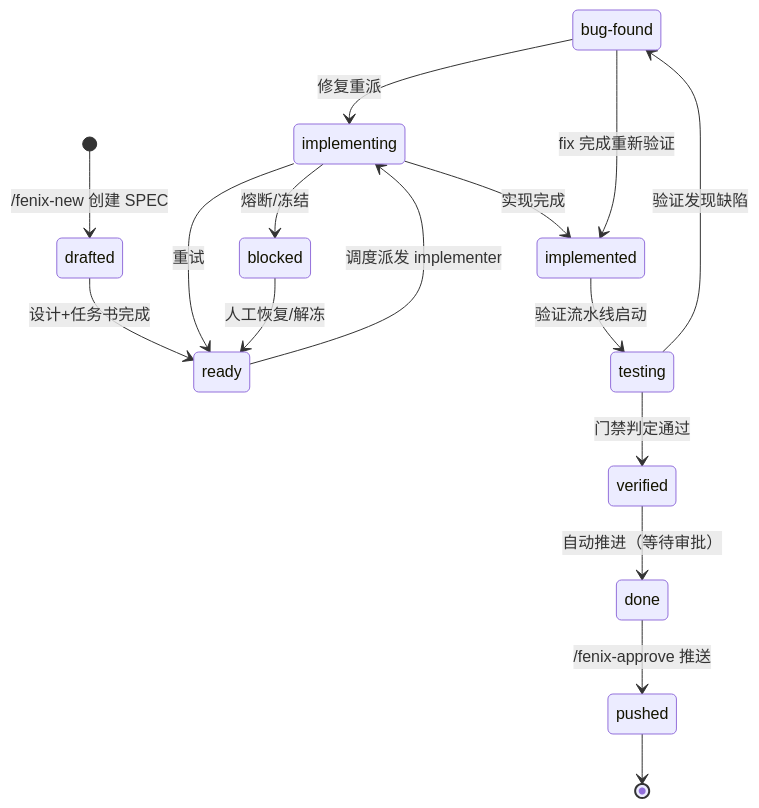
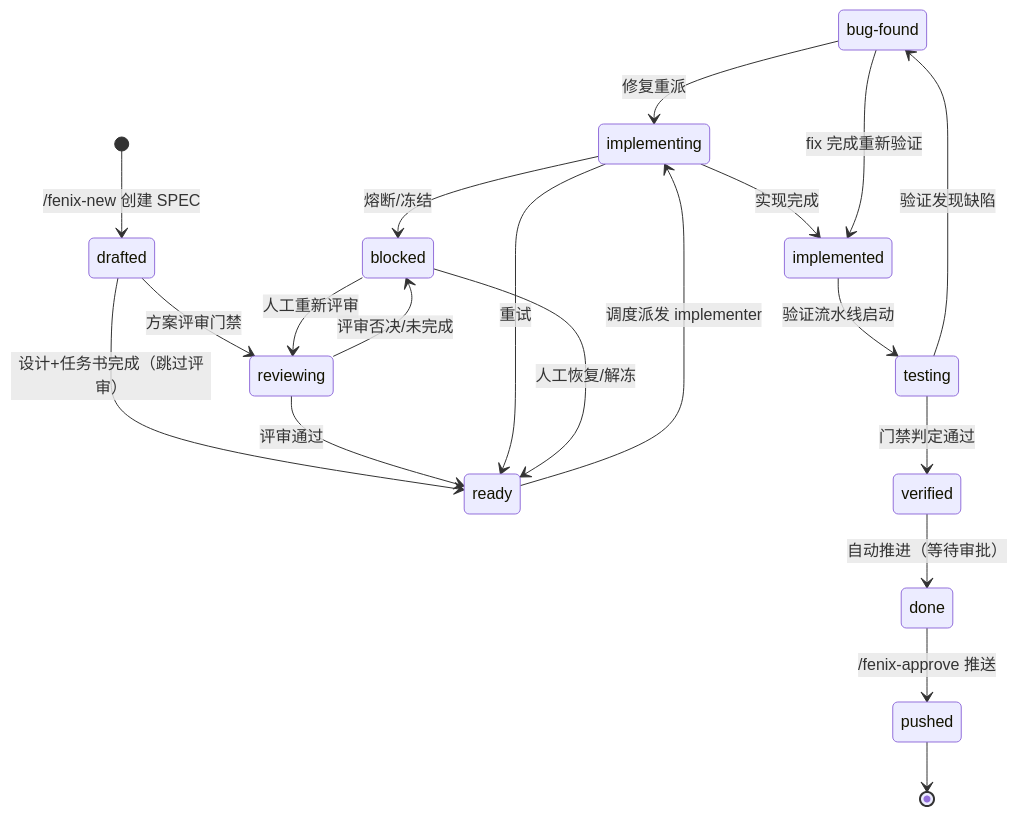
The diagram in docs/help/03-lifecycle.md (fenixsoft/fenixd), drawn with Mermaid before and after one commit. The commit also changed other lines of this file and 2 other files, not shown here.

````diff
--- a/docs/help/03-lifecycle.md
+++ b/docs/help/03-lifecycle.md
@@ -7,19 +7,23 @@
 ```mermaid
 stateDiagram-v2
     state "bug-found" as bugfound
     [*] --> drafted: /fenix-new 创建 SPEC
-    drafted --> ready: 设计+任务书完成
+    drafted --> ready: 设计+任务书完成（跳过评审）
+    drafted --> reviewing: 方案评审门禁
+    reviewing --> ready: 评审通过
+    reviewing --> blocked: 评审否决/未完成
     ready --> implementing: 调度派发 implementer
     implementing --> implemented: 实现完成
     implementing --> ready: 重试
     implementing --> blocked: 熔断/冻结
     implemented --> testing: 验证流水线启动
     testing --> verified: 门禁判定通过
     testing --> bugfound: 验证发现缺陷
     bugfound --> implementing: 修复重派
     bugfound --> implemented: fix 完成重新验证
     verified --> done: 自动推进（等待审批）
     done --> pushed: /fenix-approve 推送
     blocked --> ready: 人工恢复/解冻
+    blocked --> reviewing: 人工重新评审
     pushed --> [*]
 ```
````
